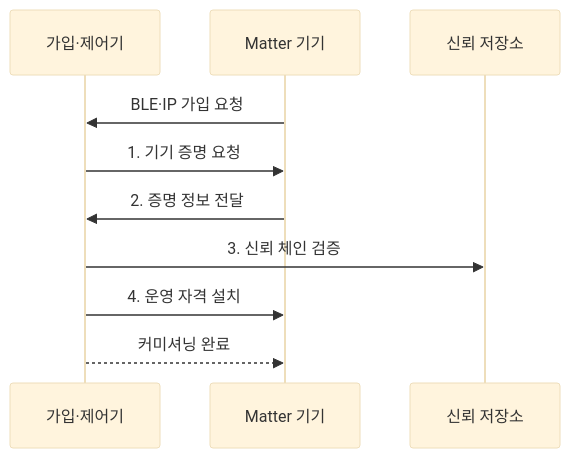
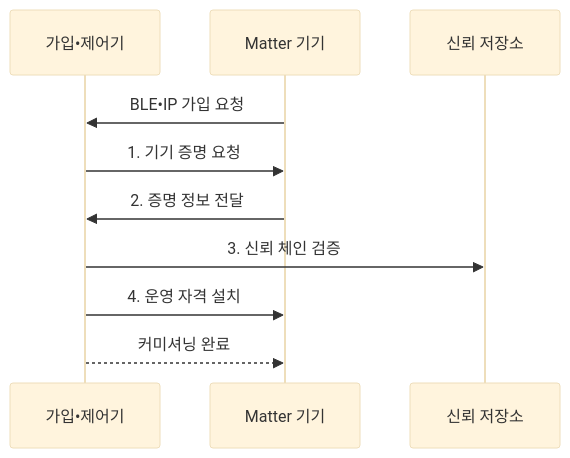
One commit to agnusdei1207/knowledge-base changed the second of 2 diagrams in src/content/docs/notes/04-network/113_smart_home_network_matter.md. Above: the diagram before and after it, drawn with Mermaid (base theme). The commit also changed other lines of this file and 953 other files, not shown here.

````diff
--- a/src/content/docs/notes/04-network/113_smart_home_network_matter.md
+++ b/src/content/docs/notes/04-network/113_smart_home_network_matter.md
@@ -97,12 +97,12 @@
 ```mermaid
 sequenceDiagram
-  participant C as 가입·제어기
+  participant C as 가입•제어기
   participant D as Matter 기기
   participant T as 신뢰 저장소
-  D->>C: BLE·IP 가입 요청
+  D->>C: BLE•IP 가입 요청
   C->>D: 1. 기기 증명 요청
   D->>C: 2. 증명 정보 전달
   C->>T: 3. 신뢰 체인 검증
   C->>D: 4. 운영 자격 설치
   C-->>D: 커미셔닝 완료
 ```
````
